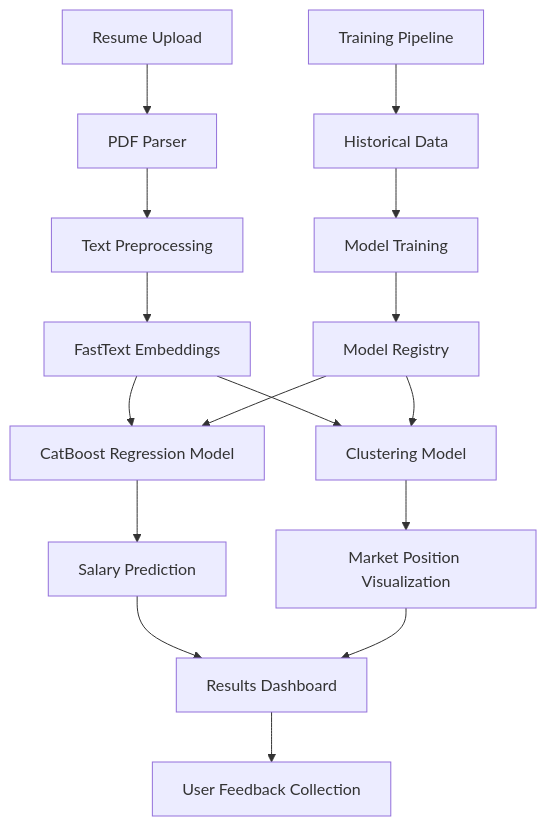
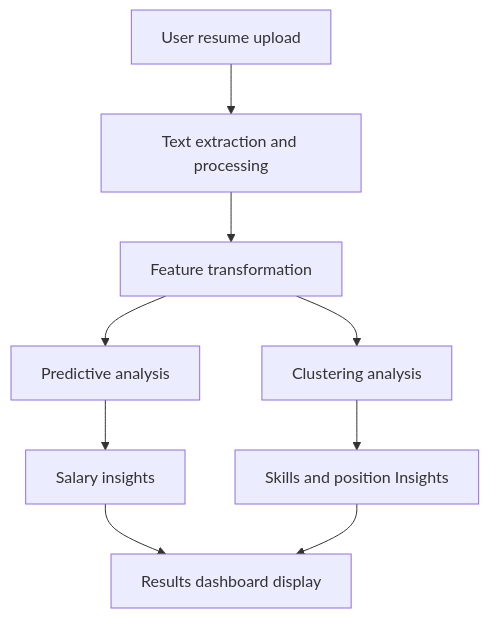
Before and after one commit to slfdstrctd/ml-system-design: the first of 2 diagrams in docs/ml_system_design_doc.md, drawn with Mermaid. The commit also changed other lines of this file, not shown here.

````diff
--- a/docs/ml_system_design_doc.md
+++ b/docs/ml_system_design_doc.md
@@ -64,19 +91,11 @@
 ```mermaid
 graph TD
-    A[Resume Upload] --> B[PDF Parser]
-    B --> C[Text Preprocessing]
-    C --> D[FastText Embeddings]
-    D --> E[CatBoost Regression Model]
-    D --> F[Clustering Model]
-    E --> G[Salary Prediction]
-    F --> H[Market Position Visualization]
-    G --> I[Results Dashboard]
-    H --> I
-    I --> J[User Feedback Collection]
-    
-    K[Training Pipeline] --> L[Historical Data]
-    L --> M[Model Training]
-    M --> N[Model Registry]
-    N --> E
-    N --> F
+A[User resume upload] --> B[Text extraction and processing]
+    B --> C[Feature transformation]
+    C --> D[Predictive analysis]
+    C --> E[Clustering analysis]
+    D --> F[Salary insights]
+    E --> G[Skills and position Insights]
+    F --> H[Results dashboard display]
+    G --> H
 ```
````
